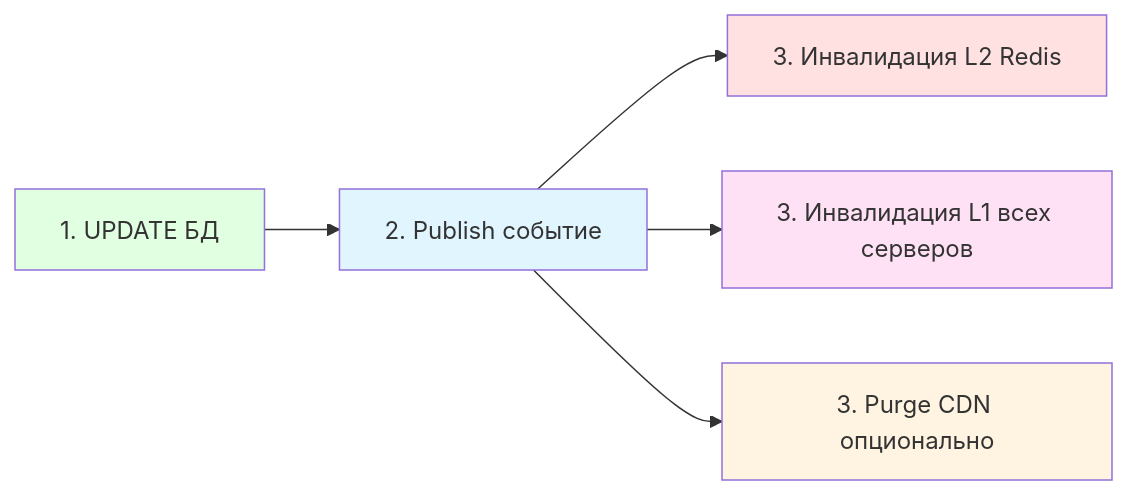
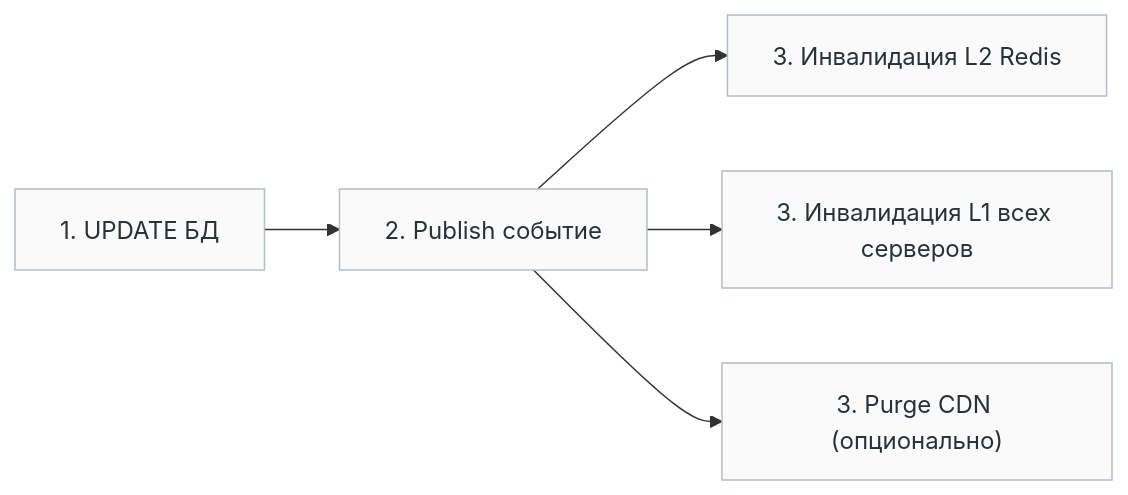
Diagram 12 of 19 in cache/readme.md (savinmikhail/advanced-system-design), drawn with Mermaid before and after one commit. The commit also changed other lines of this file, not shown here.

Commit message:
вырвиглазный контраст схем, нечитаемый текст часто, редис можно квадратиками рисовать

````diff
--- a/cache/readme.md
+++ b/cache/readme.md
@@ -848,13 +858,10 @@
 ```mermaid
 graph LR
-    A[1. UPDATE БД] --> B[2. Publish событие]
-    B --> C[3. Инвалидация L2 Redis]
-    B --> D[3. Инвалидация L1 всех серверов]
-    B --> E[3. Purge CDN опционально]
-    
-    style A fill:#e1ffe1
-    style B fill:#e1f5ff
-    style C fill:#ffe1e1
-    style D fill:#ffe1f5
-    style E fill:#fff4e1
+    A["1. UPDATE БД"] --> B["2. Publish событие"]
+    B --> C["3. Инвалидация L2 Redis"]
+    B --> D["3. Инвалидация L1 всех серверов"]
+    B --> E["3. Purge CDN (опционально)"]
+
+    classDef step fill:#fafafa,stroke:#b0bec5,color:#263238;
+    class A,B,C,D,E step;
 ```
````
